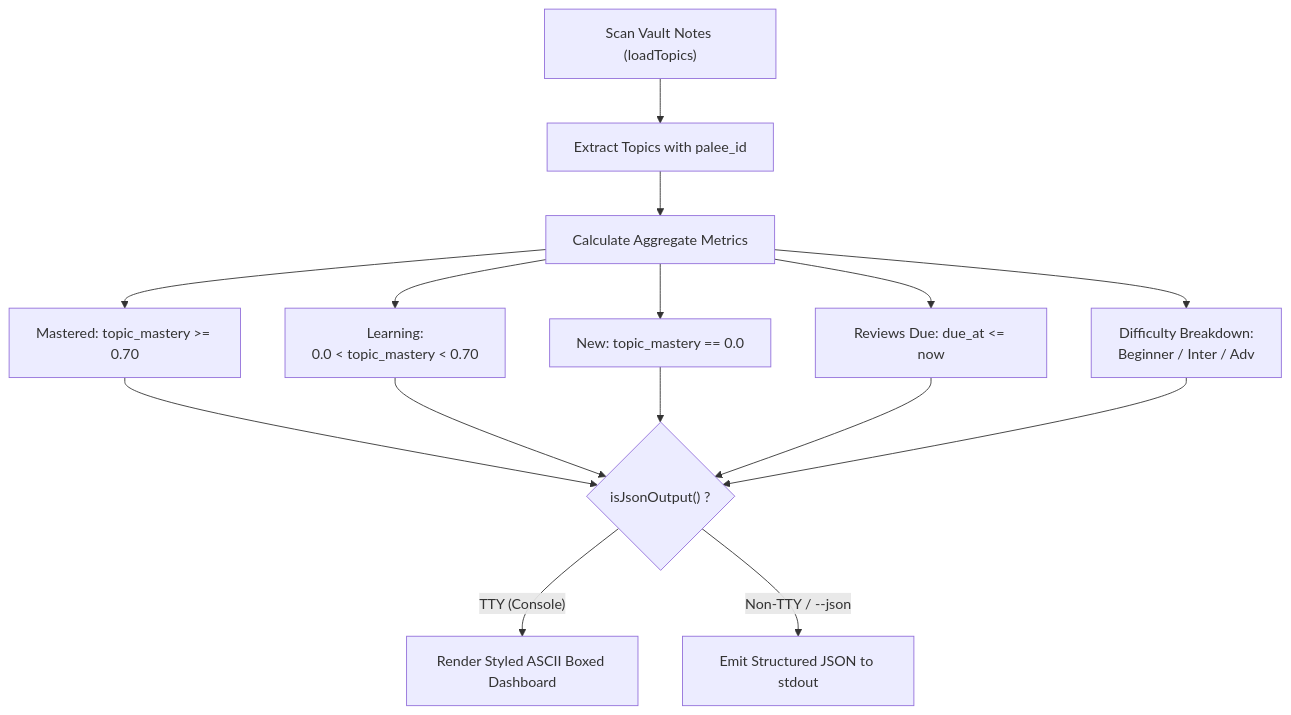
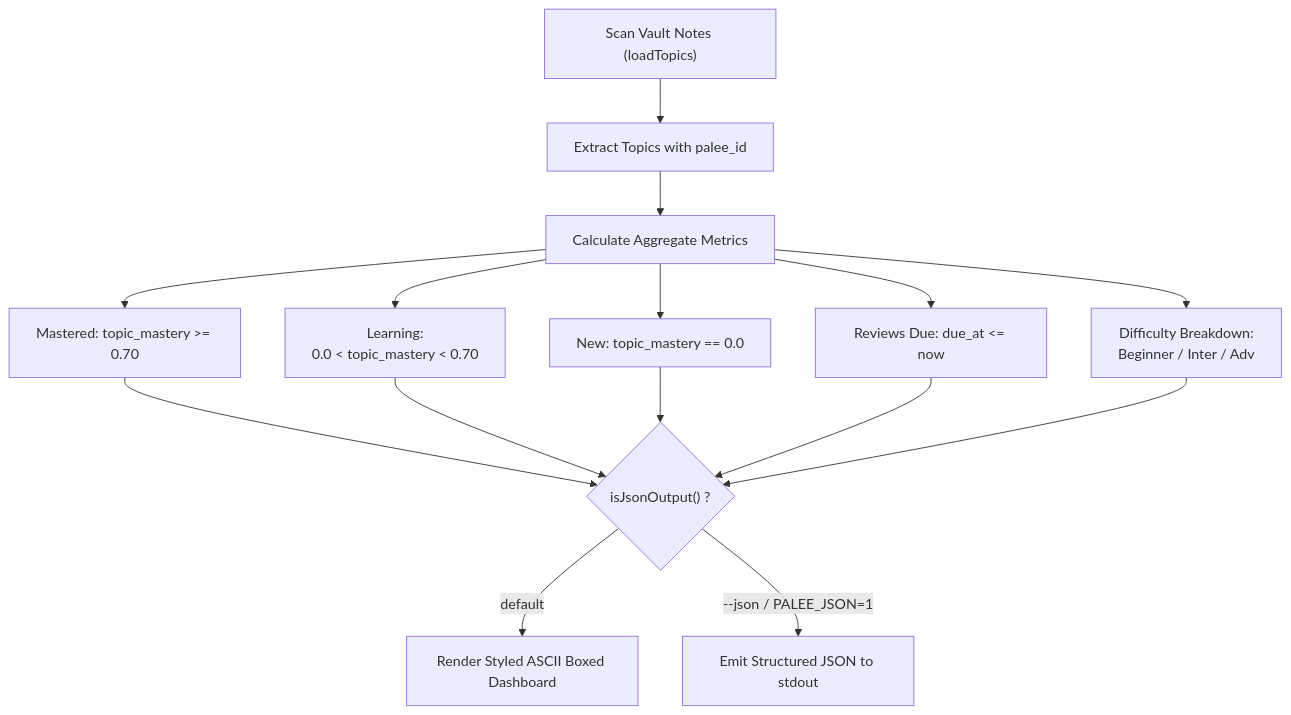
One commit to Kuldeep2822k/cli changed the first of 2 diagrams in docs/02-3-reporting-commands.md. Above: the diagram before and after it, drawn with Mermaid. The commit also changed other lines of this file and 4 other files, not shown here.

Commit message:
fix(cli): gate JSON output on --json flag or PALEE_JSON, not TTY detection (#357, #385) (files batch 2/6)

````diff
--- a/docs/02-3-reporting-commands.md
+++ b/docs/02-3-reporting-commands.md
@@ -48,15 +48,15 @@
 ```mermaid
 flowchart TD
     ScanVault["Scan Vault Notes (loadTopics)"] --> FilterTopics["Extract Topics with palee_id"]
     FilterTopics --> MetricCalc["Calculate Aggregate Metrics"]
     
     MetricCalc --> Mastered["Mastered: topic_mastery &gt;= 0.70"]
     MetricCalc --> Learning["Learning:<br/>0.0 &lt; topic_mastery &lt; 0.70"]
     MetricCalc --> New["New: topic_mastery == 0.0"]
     MetricCalc --> Due["Reviews Due: due_at &lt;= now"]
     MetricCalc --> DiffBreak["Difficulty Breakdown:<br/>Beginner / Inter / Adv"]
     
     Mastered & Learning & New & Due & DiffBreak --> FormatCheck{"isJsonOutput() ?"}
-    FormatCheck -->|"TTY (Console)"| RenderTable["Render Styled ASCII Boxed Dashboard"]
-    FormatCheck -->|"Non-TTY / --json"| RenderJSON["Emit Structured JSON to stdout"]
+    FormatCheck -->|"default"| RenderTable["Render Styled ASCII Boxed Dashboard"]
+    FormatCheck -->|"--json / PALEE_JSON=1"| RenderJSON["Emit Structured JSON to stdout"]
 ```
````
